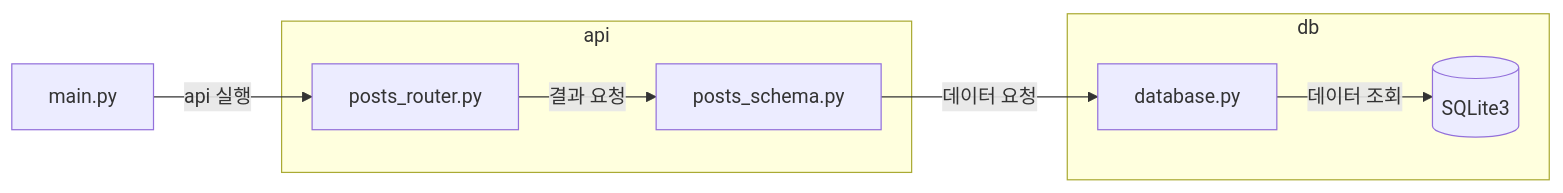
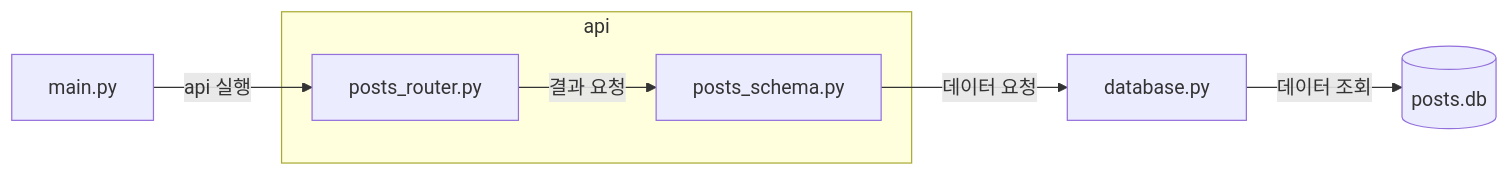
The diagram in README.md (f-lab-edu/fastapi-server), drawn with Mermaid before and after one commit. The commit also changed 6 other files, not shown here.

````diff
--- a/README.md
+++ b/README.md
@@ -4,13 +4,11 @@
 ```mermaid
 flowchart LR
     A[main.py] --api 실행--> posts_router.py
     posts_schema.py --데이터 요청--> database.py
 
     subgraph api
       posts_router.py --결과 요청--> posts_schema.py
     end
     
-    subgraph db
-      database.py --데이터 조회--> id1[(SQLite3)]
-    end
+    database.py --데이터 조회--> id1[(posts.db)]
 ```
````
